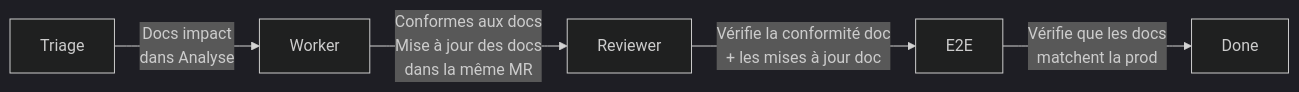
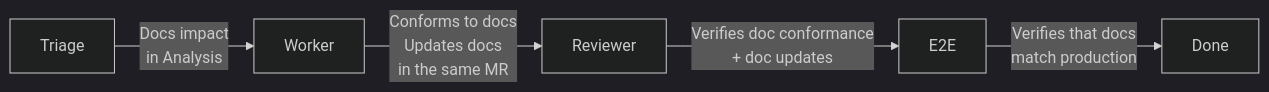
The fifth of 5 diagrams in ARCHITECTURE.md (ankaboot-source/boucle), drawn with Mermaid (dark theme) before and after one commit. The commit also changed other lines of this file, not shown here.

First line of the commit message:
docs: translate ARCHITECTURE.md to English

````diff
--- a/ARCHITECTURE.md
+++ b/ARCHITECTURE.md
@@ -421,7 +421,7 @@
 ```mermaid
 flowchart LR
-  triage[Triage] -->|Docs impact<br/>dans Analyse| worker[Worker]
-  worker -->|Conformes aux docs<br/>Mise à jour des docs<br/>dans la même MR| reviewer[Reviewer]
-  reviewer -->|Vérifie la conformité doc<br/>+ les mises à jour doc| e2e[E2E]
-  e2e -->|Vérifie que les docs<br/>matchent la prod| done[Done]
+  triage[Triage] -->|Docs impact<br/>in Analysis| worker[Worker]
+  worker -->|Conforms to docs<br/>Updates docs<br/>in the same MR| reviewer[Reviewer]
+  reviewer -->|Verifies doc conformance<br/>+ doc updates| e2e[E2E]
+  e2e -->|Verifies that docs<br/>match production| done[Done]
 ```
````
